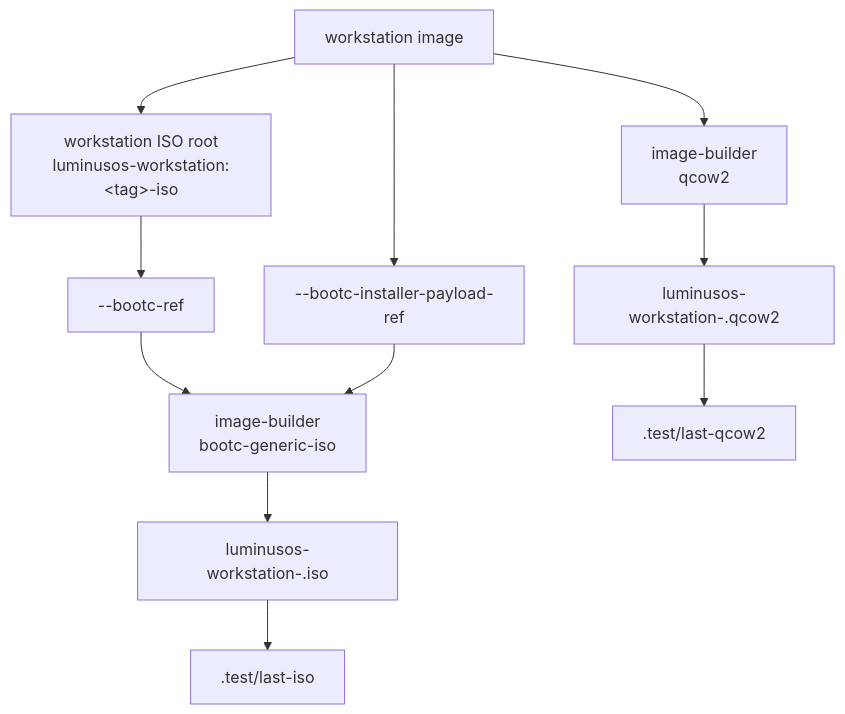
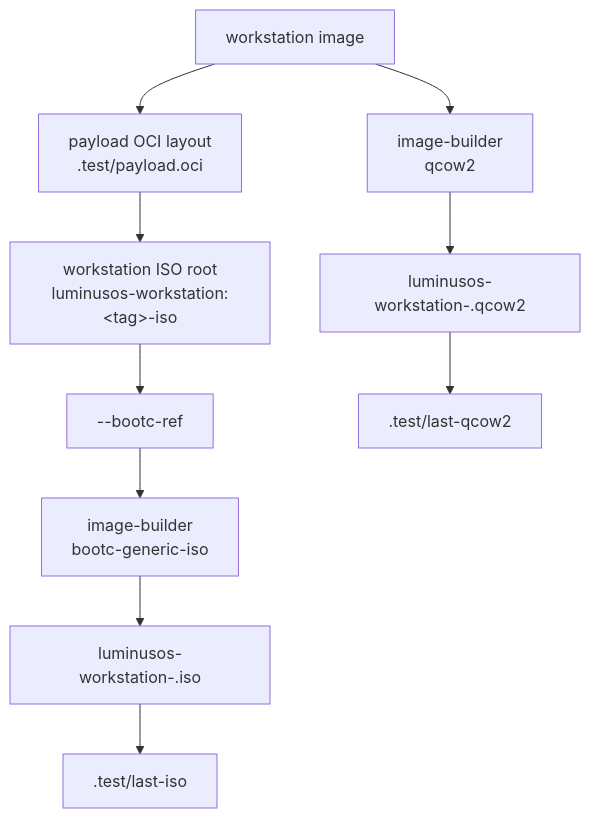
Before and after one commit to luminusOS/images: diagram 11 of 14 in ARCHITECTURE.md, drawn with Mermaid. The commit also changed other lines of this file and 7 other files, not shown here.

First line of the commit message:
feat(iso): embed the installer payload inside the live root image

````diff
--- a/ARCHITECTURE.md
+++ b/ARCHITECTURE.md
@@ -515,18 +514,17 @@
 ```mermaid
 flowchart TD
     Workstation["workstation image"]
+    PayloadOCI["payload OCI layout<br/>.test/payload.oci"]
     ISOBuilder["image-builder<br/>bootc-generic-iso"]
     QCOW2Builder["image-builder<br/>qcow2"]
     BootcRef["--bootc-ref"]
-    PayloadRef["--bootc-installer-payload-ref"]
     WorkstationISO["workstation ISO root<br/>luminusos-workstation:&lt;tag&gt;-iso"]
     ISO["luminusos-workstation-<tag>.iso"]
     QCOW2["luminusos-workstation-<tag>.qcow2"]
     LastISO[".test/last-iso"]
     LastQCOW2[".test/last-qcow2"]
 
-    Workstation --> WorkstationISO --> BootcRef --> ISOBuilder
-    Workstation --> PayloadRef --> ISOBuilder
+    Workstation --> PayloadOCI --> WorkstationISO --> BootcRef --> ISOBuilder
     ISOBuilder --> ISO --> LastISO
     Workstation --> QCOW2Builder --> QCOW2 --> LastQCOW2
 ```
````
